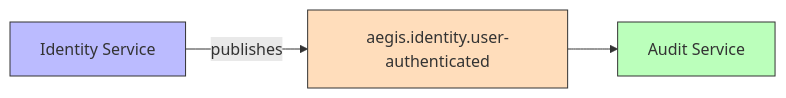
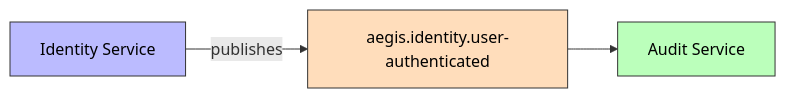
Before and after one commit to AlexAlvarezGallardo-GitHub/Aegis: the first of 2 diagrams in docs/obsidian/03 - Domain Events/UserAuthenticated.md, drawn with Mermaid. The commit also changed 26 other files, not shown here.

Commit message:
docs(infra): add color to mermaid nodes for dark mode readability

````diff
--- a/docs/obsidian/03 - Domain Events/UserAuthenticated.md
+++ b/docs/obsidian/03 - Domain Events/UserAuthenticated.md
@@ -14,8 +14,8 @@
 ```mermaid
 graph LR
     Identity[Identity Service] -->|publishes| Topic[aegis.identity.user-authenticated]
     Topic --> Audit[Audit Service]
-    style Identity fill:#bbf,stroke:#333
-    style Topic fill:#fdb,stroke:#333
-    style Audit fill:#bfb,stroke:#333
+    style Identity fill:#bbf,stroke:#333,color:#000
+    style Topic fill:#fdb,stroke:#333,color:#000
+    style Audit fill:#bfb,stroke:#333,color:#000
 ```
````
